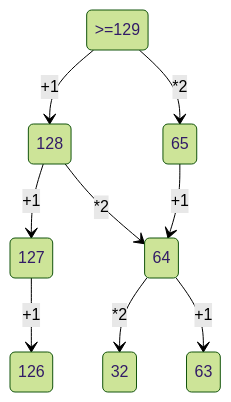
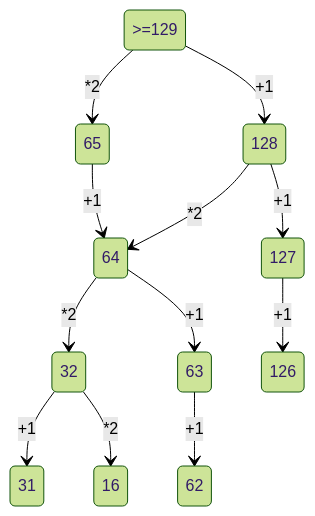
Before and after one commit to afursovaa/itworks: the second of 2 diagrams in README.md, drawn with Mermaid (forest theme). The commit also changed other lines of this file, not shown here.

````diff
--- a/README.md
+++ b/README.md
@@ -92,12 +92,18 @@
 ```mermaid
 stateDiagram-v2
 
     >=129 --> 128:+1
     >=129 --> 65:*2
+    
     65 --> 64:+1
     128 --> 127:+1
     128 --> 64:*2
+    
     127--> 126:+1
     64 --> 32:*2
     64 --> 63:+1
+    
+    63-->62:+1
+    32-->31:+1
+    32-->16:*2
 ```
````
